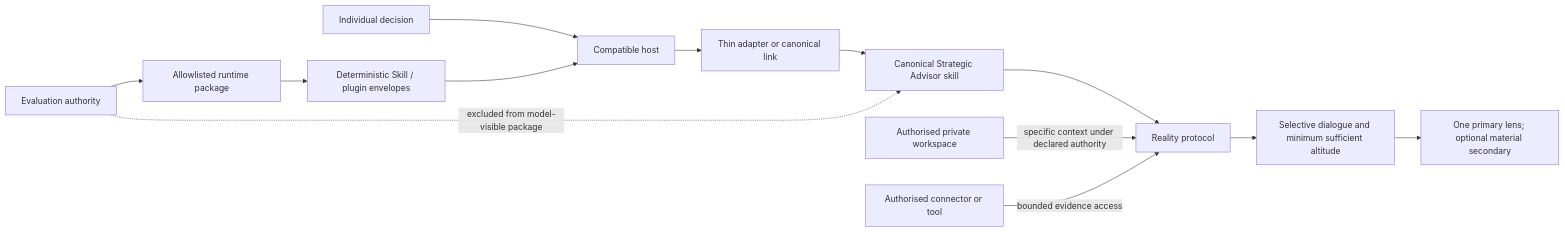
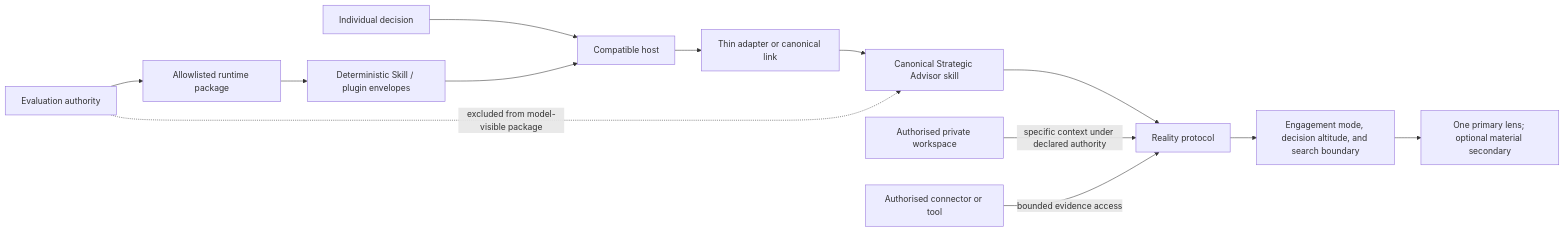
Before and after one commit to johndetlefs/strategic-advisor: the diagram in ARCHITECTURE.md, drawn with Mermaid. The commit also changed other lines of this file and 44 other files, not shown here.

````diff
--- a/ARCHITECTURE.md
+++ b/ARCHITECTURE.md
@@ -5,15 +5,15 @@
 ```mermaid
 flowchart LR
     U["Individual decision"] --> H["Compatible host"]
     H --> A["Thin adapter or canonical link"]
     A --> S["Canonical Strategic Advisor skill"]
     S --> C["Reality protocol"]
     W["Authorised private workspace"] -->|"specific context under declared authority"| C
-    C --> Q["Selective dialogue and minimum sufficient altitude"]
+    C --> Q["Engagement mode, decision altitude, and search boundary"]
     Q --> L["One primary lens; optional material secondary"]
     X["Authorised connector or tool"] -->|"bounded evidence access"| C
     E["Evaluation authority"] --> P["Allowlisted runtime package"]
     P --> D["Deterministic Skill / plugin envelopes"]
     D --> H
     E -. "excluded from model-visible package" .-> S
 ```
````
